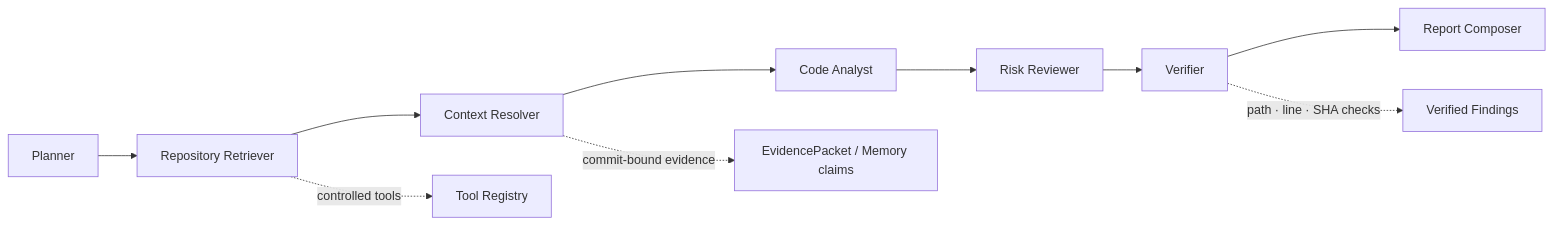
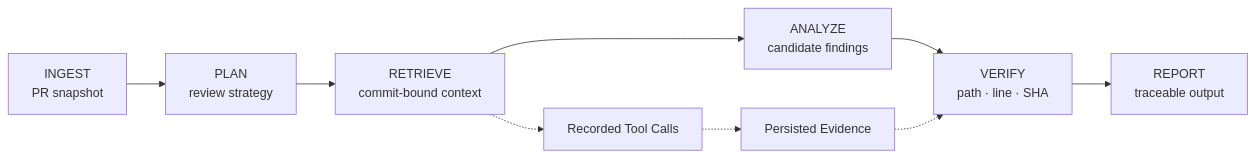
One commit to Chloiris/TraceGate-Eval changed the third of 4 diagrams in README.md. Above: the diagram before and after it, drawn with Mermaid. The commit also changed other lines of this file and 10 other files, not shown here.

Commit message:
docs(readme): present TraceGate Studio with verified evidence

````diff
--- a/README.md
+++ b/README.md
@@ -88,7 +120,12 @@
 ```mermaid
 flowchart LR
-  P["Planner"] --> R["Repository Retriever"] --> C["Context Resolver"] --> A["Code Analyst"] --> K["Risk Reviewer"] --> V["Verifier"] --> O["Report Composer"]
-  R -. "controlled tools" .-> T["Tool Registry"]
-  C -. "commit-bound evidence" .-> E["EvidencePacket / Memory claims"]
-  V -. "path · line · SHA checks" .-> F["Verified Findings"]
+  I["INGEST<br/>PR snapshot"] --> P["PLAN<br/>review strategy"]
+  P --> R["RETRIEVE<br/>commit-bound context"]
+  R --> A["ANALYZE<br/>candidate findings"]
+  A --> V["VERIFY<br/>path · line · SHA"]
+  V --> O["REPORT<br/>traceable output"]
+
+  R -.-> T["Recorded Tool Calls"]
+  T -.-> E["Persisted Evidence"]
+  E -.-> V
 ```
````
